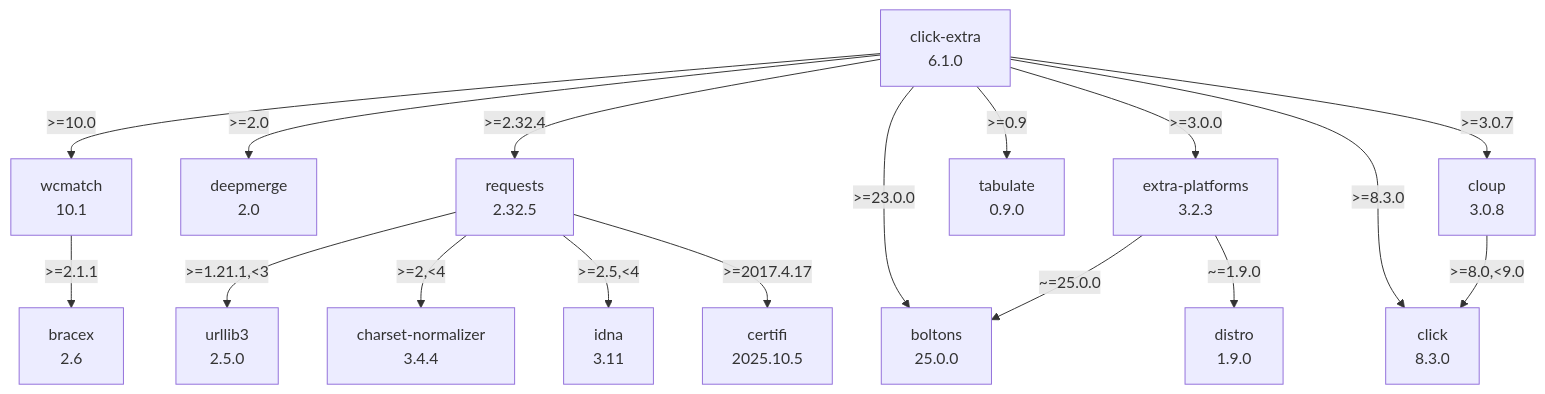
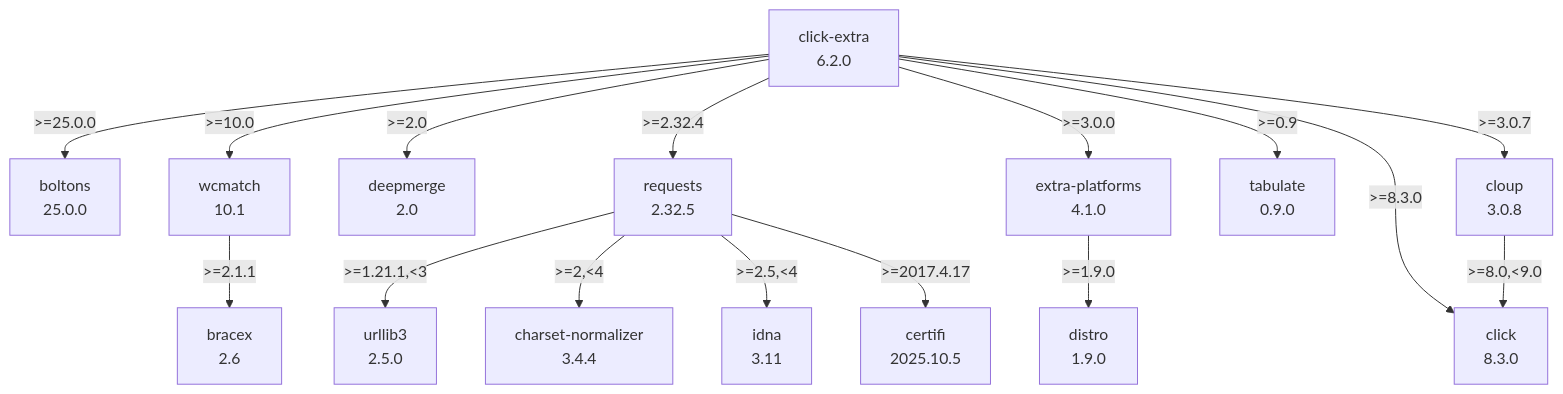
The diagram in docs/assets/dependencies.mmd (kdeldycke/click-extra), drawn with Mermaid before and after one commit.

Commit message:
[autofix] Regenerate dependency graph

```diff
--- a/docs/assets/dependencies.mmd
+++ b/docs/assets/dependencies.mmd
@@ -1,33 +1,32 @@
 flowchart TD
     classDef missing stroke-dasharray: 5
     boltons["boltons\n25.0.0"]
     bracex["bracex\n2.6"]
     certifi["certifi\n2025.10.5"]
     charset-normalizer["charset-normalizer\n3.4.4"]
-    click-extra["click-extra\n6.1.0"]
+    click-extra["click-extra\n6.2.0"]
     click_0["click\n8.3.0"]
     cloup["cloup\n3.0.8"]
     deepmerge["deepmerge\n2.0"]
     distro["distro\n1.9.0"]
-    extra-platforms["extra-platforms\n3.2.3"]
+    extra-platforms["extra-platforms\n4.1.0"]
     idna["idna\n3.11"]
     requests["requests\n2.32.5"]
     tabulate["tabulate\n0.9.0"]
     urllib3["urllib3\n2.5.0"]
     wcmatch["wcmatch\n10.1"]
     click-extra -- ">=0.9" --> tabulate
     click-extra -- ">=10.0" --> wcmatch
     click-extra -- ">=2.0" --> deepmerge
     click-extra -- ">=2.32.4" --> requests
-    click-extra -- ">=23.0.0" --> boltons
+    click-extra -- ">=25.0.0" --> boltons
     click-extra -- ">=3.0.0" --> extra-platforms
     click-extra -- ">=3.0.7" --> cloup
     click-extra -- ">=8.3.0" --> click_0
     cloup -- ">=8.0,<9.0" --> click_0
-    extra-platforms -- "~=1.9.0" --> distro
-    extra-platforms -- "~=25.0.0" --> boltons
+    extra-platforms -- ">=1.9.0" --> distro
     requests -- ">=1.21.1,<3" --> urllib3
     requests -- ">=2,<4" --> charset-normalizer
     requests -- ">=2.5,<4" --> idna
     requests -- ">=2017.4.17" --> certifi
     wcmatch -- ">=2.1.1" --> bracex
```
